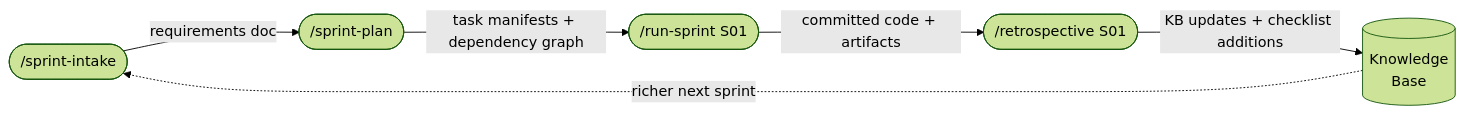
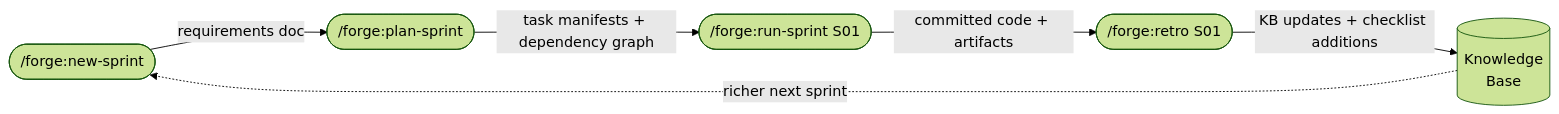
One commit to Entelligentsia/forge changed the second of 4 diagrams in docs/existing-project.md. Above: the diagram before and after it, drawn with Mermaid (forest theme). The commit also changed other lines of this file and 40 other files, not shown here.

````diff
--- a/docs/existing-project.md
+++ b/docs/existing-project.md
@@ -89,8 +86,8 @@
 ```mermaid
 flowchart LR
-    A([/sprint-intake]) -->|requirements doc| B([/sprint-plan])
-    B -->|task manifests + dependency graph| C([/run-sprint S01])
-    C -->|committed code + artifacts| D([/retrospective S01])
+    A([/forge:new-sprint]) -->|requirements doc| B([/forge:plan-sprint])
+    B -->|task manifests + dependency graph| C([/forge:run-sprint S01])
+    C -->|committed code + artifacts| D([/forge:retro S01])
     D -->|KB updates + checklist additions| E[(Knowledge\nBase)]
     E -.->|richer next sprint| A
 ```
````
